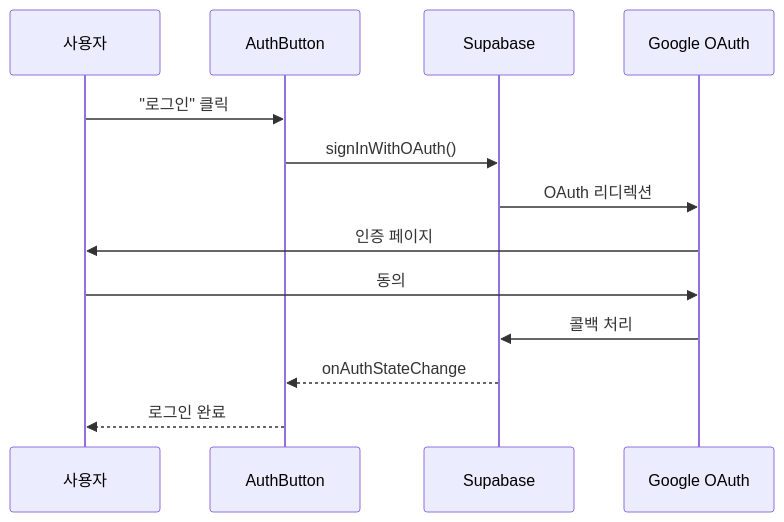
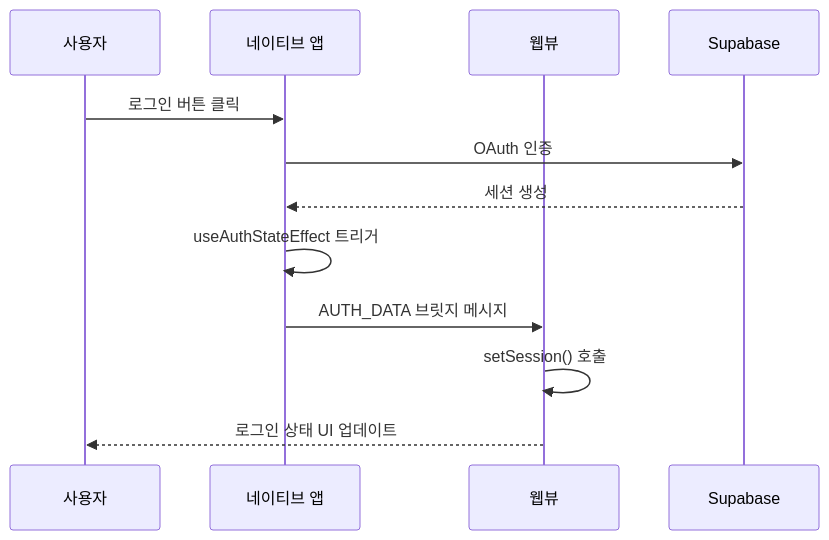
The second of 3 diagrams in docs/development/authentication-architecture.md (jgjgill/my-speak), drawn with Mermaid before and after one commit. The commit also changed other lines of this file, not shown here.

````diff
--- a/docs/development/authentication-architecture.md
+++ b/docs/development/authentication-architecture.md
@@ -280,16 +168,15 @@
 ```mermaid
 sequenceDiagram
     participant User as 사용자
-    participant AuthButton as AuthButton
+    participant Native as 네이티브 앱
+    participant WebView as 웹뷰
     participant Supabase as Supabase
-    participant Google as Google OAuth
-
-    User->>AuthButton: "로그인" 클릭
-    AuthButton->>Supabase: signInWithOAuth()
-    Supabase->>Google: OAuth 리디렉션
-    Google->>User: 인증 페이지
-    User->>Google: 동의
-    Google->>Supabase: 콜백 처리
-    Supabase-->>AuthButton: onAuthStateChange
-    AuthButton-->>User: 로그인 완료
+    
+    User->>Native: 로그인 버튼 클릭
+    Native->>Supabase: OAuth 인증
+    Supabase-->>Native: 세션 생성
+    Native->>Native: useAuthStateEffect 트리거
+    Native->>WebView: AUTH_DATA 브릿지 메시지
+    WebView->>WebView: setSession() 호출
+    WebView-->>User: 로그인 상태 UI 업데이트
 ```
````
